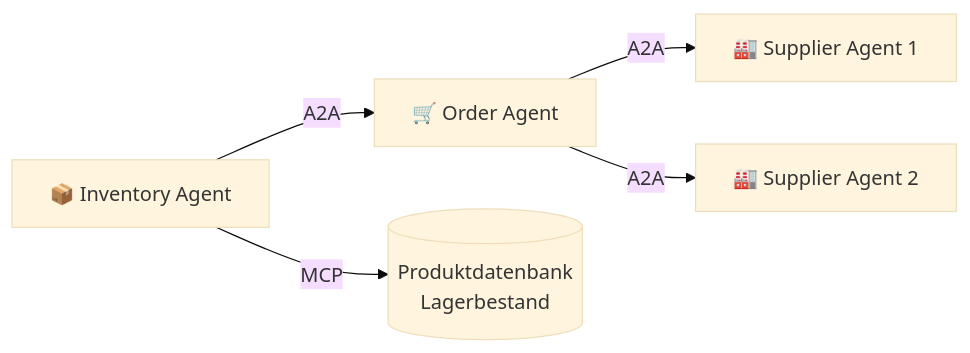
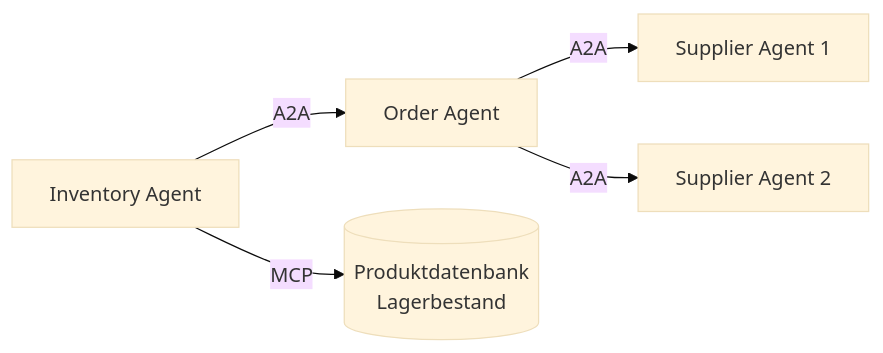
The eighth of 9 diagrams in docs/concepts/Agenten_Kommunikationsprotokolle.md (ralf-42/Agenten), drawn with Mermaid (base theme) before and after one commit. The commit also changed other lines of this file and 15 other files, not shown here.

````diff
--- a/docs/concepts/Agenten_Kommunikationsprotokolle.md
+++ b/docs/concepts/Agenten_Kommunikationsprotokolle.md
@@ -354,13 +269,13 @@
 ```mermaid
 flowchart LR
-    IA["📦 Inventory Agent"]
-    OA["🛒 Order Agent"]
-    SA1["🏭 Supplier Agent 1"]
-    SA2["🏭 Supplier Agent 2"]
+    IA["Inventory Agent"]
+    OA["Order Agent"]
+    SA1["Supplier Agent 1"]
+    SA2["Supplier Agent 2"]
     DB[("Produktdatenbank\nLagerbestand")]
 
     IA -->|MCP| DB
     IA -->|A2A| OA
     OA -->|A2A| SA1
     OA -->|A2A| SA2
 ```
````
